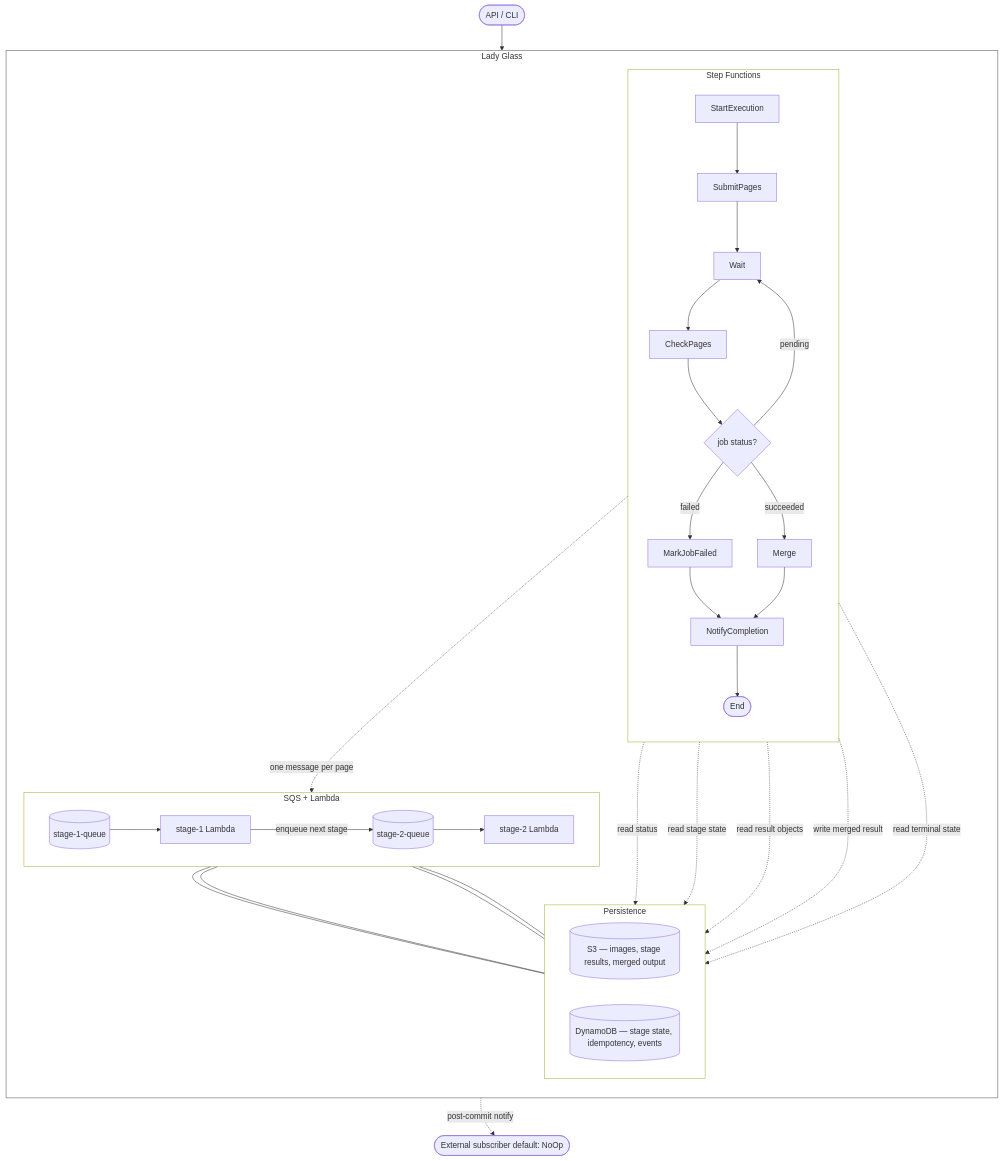
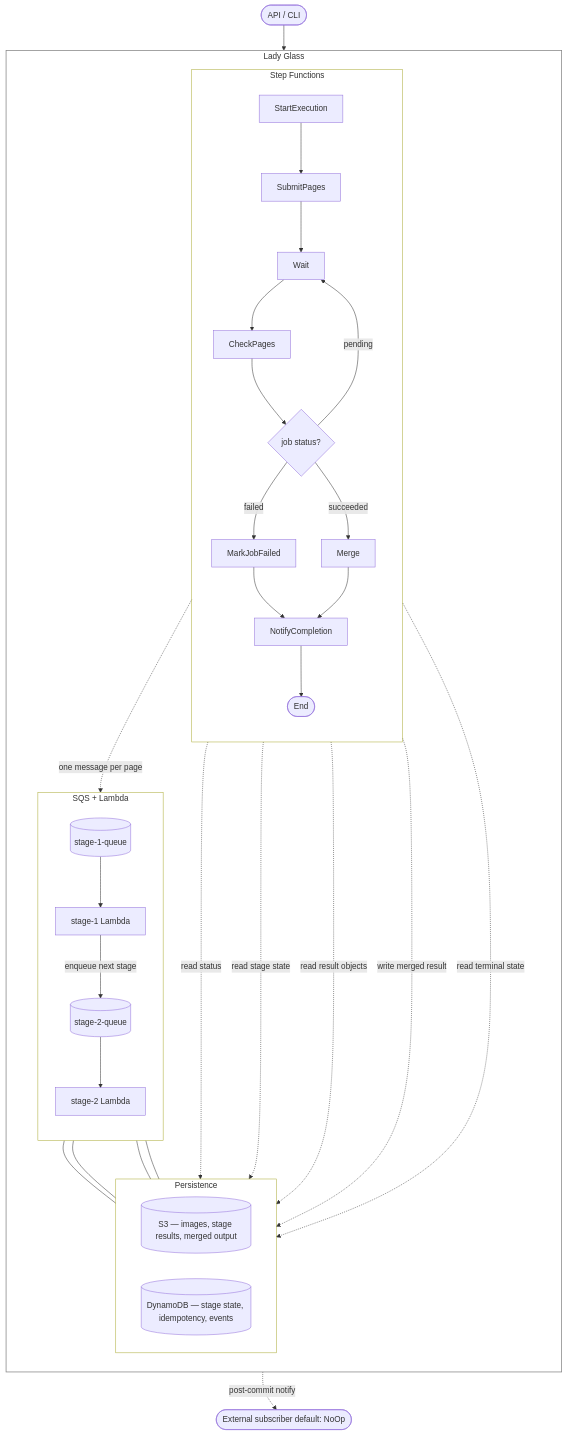
One commit to keix/lady-glass changed the diagram in README.md. Above: the diagram before and after it, drawn with Mermaid.

Commit message:
README: stack the SQS + Lambda subgraph vertically
Switch CHAIN's direction from LR to TB so the queue / Lambda pairs
sit as a column inside the LG container, matching SFN's shape. The
overall layout stays TB and Persistence stays LR.

````diff
--- a/README.md
+++ b/README.md
@@ -19,57 +19,57 @@
 ```mermaid
 flowchart TB
     User([API / CLI]) --> StartExec[StartExecution]
 
     subgraph LG["Lady Glass"]
         direction TB
 
         subgraph SFN["Step Functions"]
             direction TB
             StartExec --> SubmitPages
             SubmitPages --> WaitLoop[Wait]
             WaitLoop --> CheckPages
             CheckPages --> Choice{job status?}
             Choice -- pending --> WaitLoop
             Choice -- failed --> MarkFailed[MarkJobFailed]
             Choice -- succeeded --> Merge
             MarkFailed --> Notify[NotifyCompletion]
             Merge --> Notify
             Notify --> Done([End])
         end
 
         subgraph CHAIN["SQS + Lambda"]
-            direction LR
+            direction TB
             Q1[(stage-1-queue)] --> L1[stage-1 Lambda]
             L1 -- enqueue next stage --> Q2[(stage-2-queue)]
             Q2 --> L2[stage-2 Lambda]
         end
 
         subgraph PERSIST["Persistence"]
             direction LR
             S3[(S3 — images, stage results, merged output)]
             DDB[(DynamoDB — stage state, idempotency, events)]
         end
     end
 
     Subscriber([External subscriber default: NoOp])
 
     SubmitPages -. one message per page .-> Q1
     CheckPages -. read status .-> DDB
     Merge -. read stage state .-> DDB
     Merge -. read result objects .-> S3
     Merge -. write merged result .-> S3
     Notify -. read terminal state .-> DDB
     Notify -. post-commit notify .-> Subscriber
 
     L1 --- S3
     L1 --- DDB
     L2 --- S3
     L2 --- DDB
 
     Done ~~~ Subscriber
 
     style LG fill:none,stroke:#888,stroke-width:1.5px
     style SFN fill:none
     style CHAIN fill:none
     style PERSIST fill:none
 ```
````
